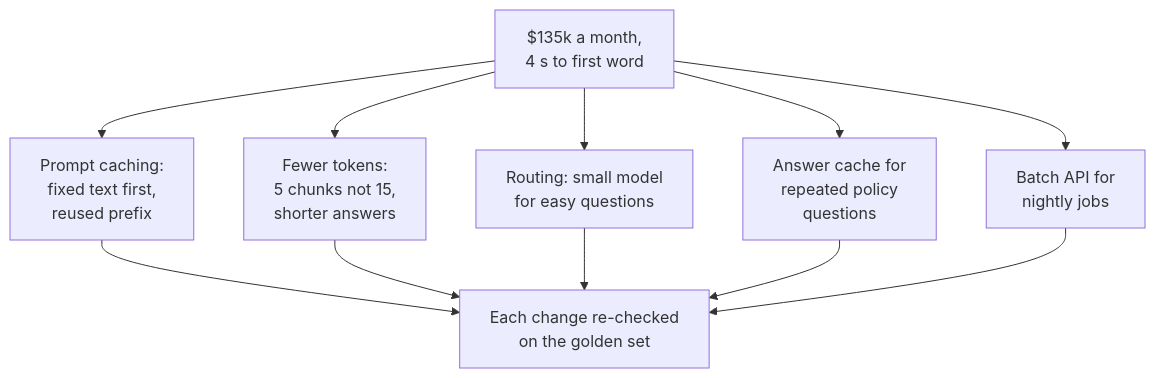
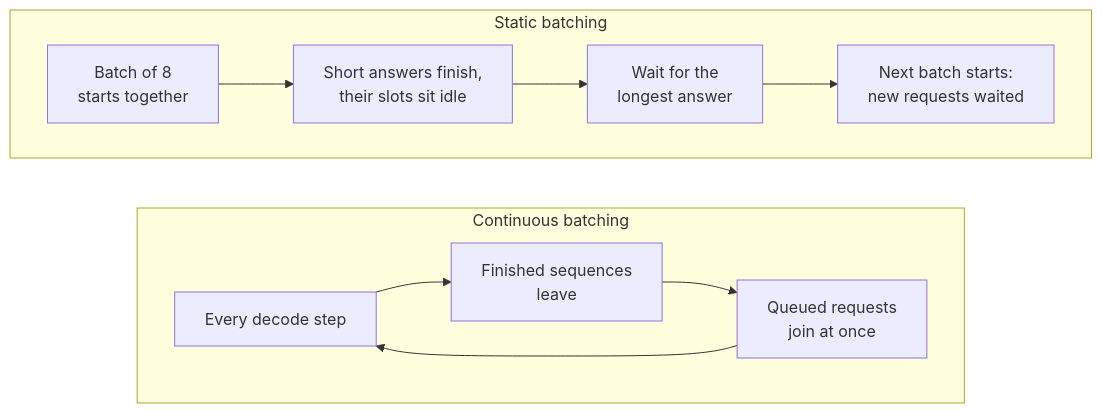
One commit to shubamchaudhary/CodeNITW changed the fifth of 5 diagrams in src/Data/aiStackDocs/CH-11.md. Above: the diagram before and after it, drawn with Mermaid. The commit also changed other lines of this file and 52 other files, not shown here.

````diff
--- a/src/Data/aiStackDocs/CH-11.md
+++ b/src/Data/aiStackDocs/CH-11.md
@@ -143,13 +200,16 @@
 ```mermaid
 flowchart TB
-    BILL["$135k a month,<br/>4 s to first word"] --> L1["Prompt caching:<br/>fixed text first,<br/>reused prefix"]
-    BILL --> L2["Fewer tokens:<br/>5 chunks not 15,<br/>shorter answers"]
-    BILL --> L3["Routing: small model<br/>for easy questions"]
-    BILL --> L4["Answer cache for<br/>repeated policy<br/>questions"]
-    BILL --> L5["Batch API for<br/>nightly jobs"]
-    L1 --> EV["Each change re-checked<br/>on the golden set"]
-    L2 --> EV
-    L3 --> EV
-    L4 --> EV
-    L5 --> EV
+    subgraph STB["Static batching"]
+        direction LR
+        S1["Batch of 8<br/>starts together"] --> S2["Short answers finish,<br/>their slots sit idle"]
+        S2 --> S3["Wait for the<br/>longest answer"]
+        S3 --> S4["Next batch starts:<br/>new requests waited"]
+    end
+    subgraph CNB["Continuous batching"]
+        direction LR
+        C1["Every decode step"] --> C2["Finished sequences<br/>leave"]
+        C2 --> C3["Queued requests<br/>join at once"]
+        C3 --> C1
+    end
+    STB ~~~ CNB
 ```
````
